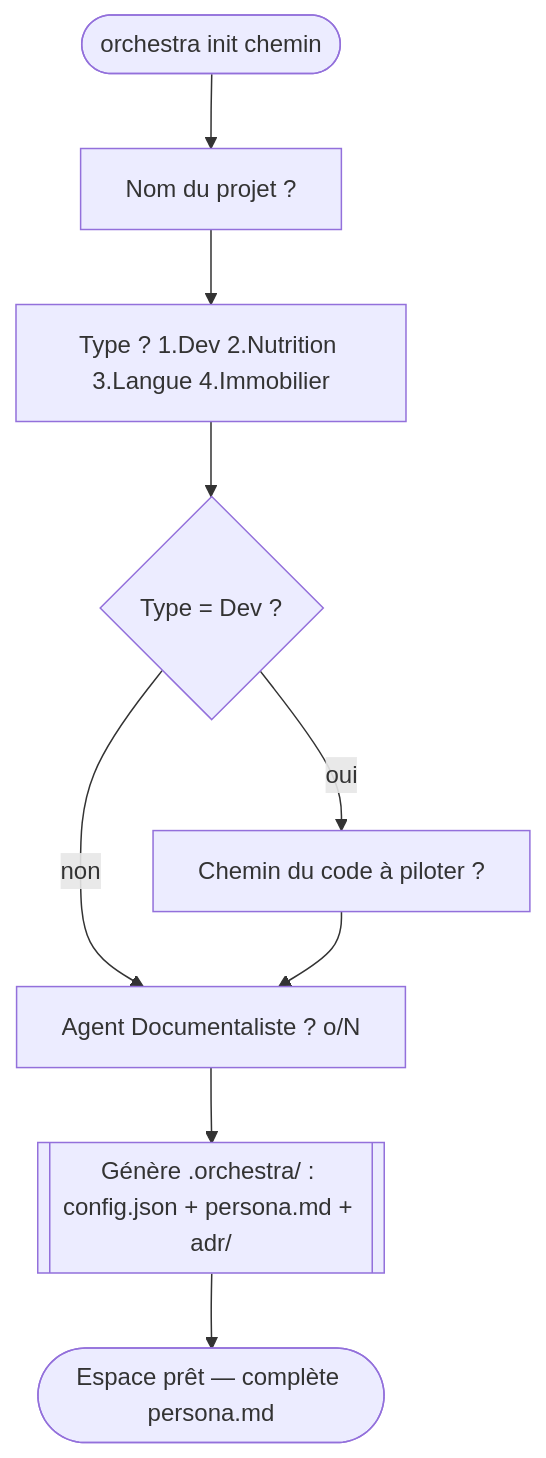
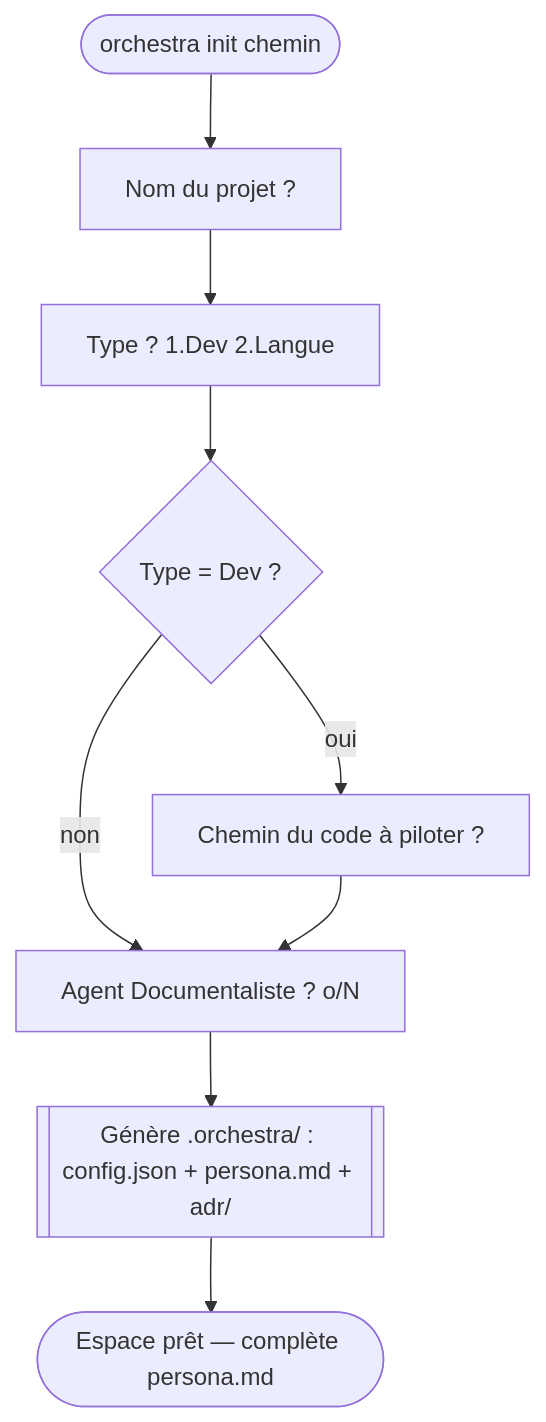
The diagram in docs/FONCTIONNEL.md (maximelarrieu/orchestra-ide), drawn with Mermaid before and after one commit. The commit also changed other lines of this file and 16 other files, not shown here.

First line of the commit message:
refactor: recentrage DEV — suppression des types Immobilier et Nutrition

````diff
--- a/docs/FONCTIONNEL.md
+++ b/docs/FONCTIONNEL.md
@@ -50,11 +48,11 @@
 ```mermaid
 flowchart TD
     A([orchestra init chemin]) --> B[Nom du projet ?]
-    B --> C[Type ? 1.Dev 2.Nutrition 3.Langue 4.Immobilier]
+    B --> C[Type ? 1.Dev 2.Langue]
     C --> D{Type = Dev ?}
     D -->|oui| E[Chemin du code à piloter ?]
     D -->|non| F[Agent Documentaliste ? o/N]
     E --> F
     F --> G[[Génère .orchestra/ : config.json + persona.md + adr/]]
     G --> H([Espace prêt — complète persona.md])
 ```
````
